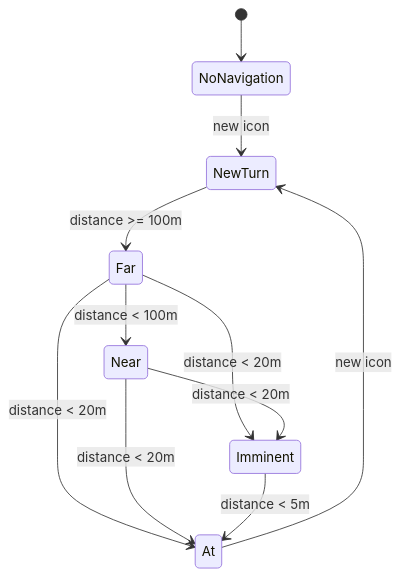
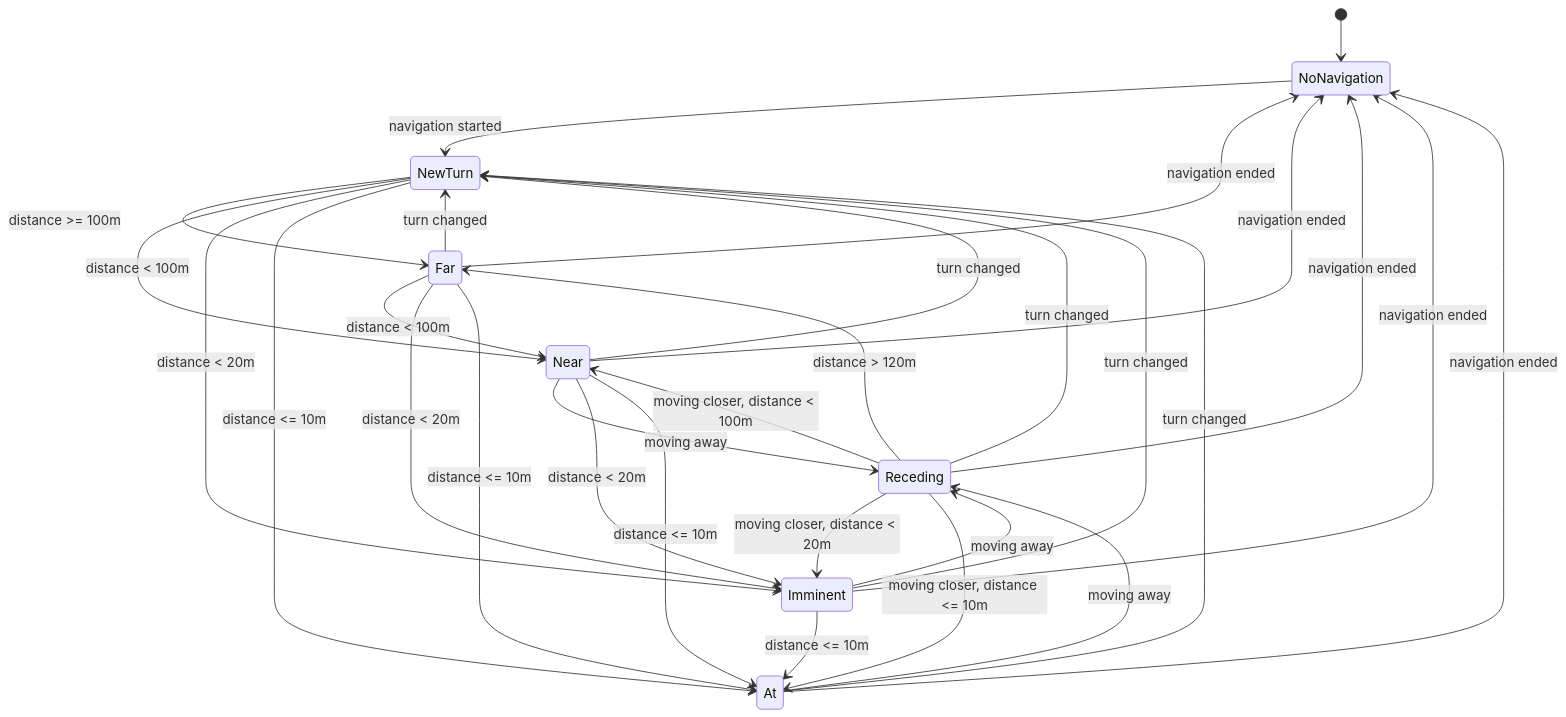
One commit to SimonKagstrom/radbuzz changed the diagram in src/buzz_handler/buzz_handler_state_machine.md. Above: the diagram before and after it, drawn with Mermaid. The commit also changed other lines of this file and 8 other files, not shown here.

````diff
--- a/src/buzz_handler/buzz_handler_state_machine.md
+++ b/src/buzz_handler/buzz_handler_state_machine.md
@@ -3,19 +8,40 @@
 ```mermaid
 stateDiagram-v2
 
 [*] --> NoNavigation
 
-NoNavigation --> NewTurn : new icon
+NoNavigation --> NewTurn : navigation started
+
 NewTurn --> Far : distance >= 100m
+NewTurn --> Near : distance < 100m
+NewTurn --> Imminent : distance < 20m
+NewTurn --> At : distance <= 10m
 
+Far --> NoNavigation : navigation ended
+Far --> NewTurn : turn changed
 Far --> Near : distance < 100m
 Far --> Imminent : distance < 20m
-Far --> At : distance < 20m
+Far --> At : distance <= 10m
 
+Near --> NoNavigation : navigation ended
+Near --> NewTurn : turn changed
+Near --> Receding : moving away
 Near --> Imminent : distance < 20m
-Near --> At : distance < 20m
+Near --> At : distance <= 10m
 
-Imminent --> At : distance < 5m
+Imminent --> NoNavigation : navigation ended
+Imminent --> NewTurn : turn changed
+Imminent --> Receding : moving away
+Imminent --> At : distance <= 10m
 
-At --> NewTurn : new icon
+At --> NoNavigation : navigation ended
+At --> NewTurn : turn changed
+At --> Receding : moving away
+
+Receding --> NoNavigation : navigation ended
+Receding --> NewTurn : turn changed
+Receding --> Far : distance > 120m
+Receding --> Near : moving closer, distance < 100m
+Receding --> Imminent : moving closer, distance < 20m
+Receding --> At : moving closer, distance <= 10m
 ```
````
